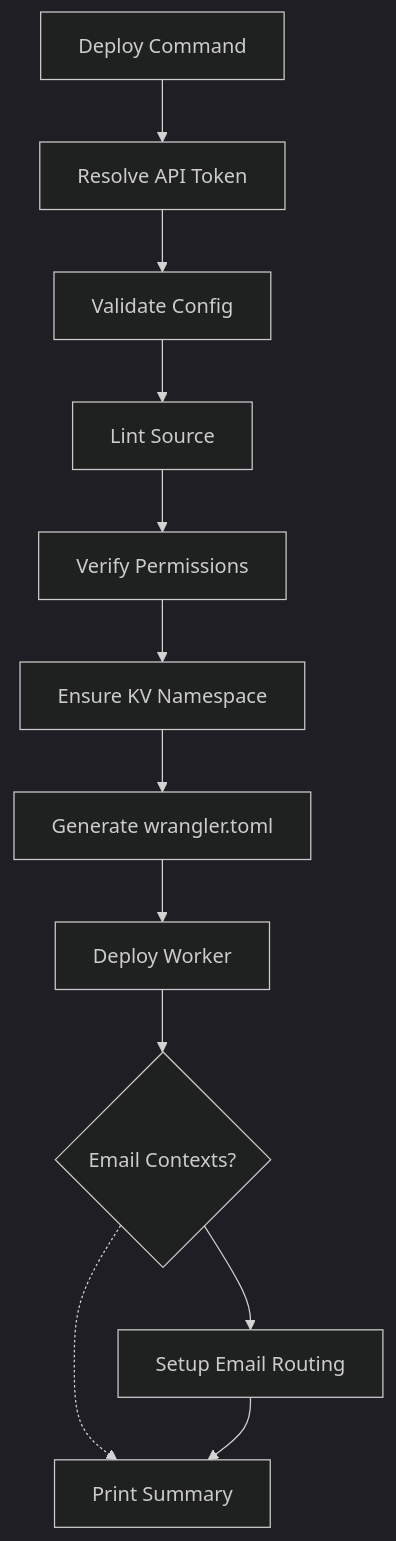
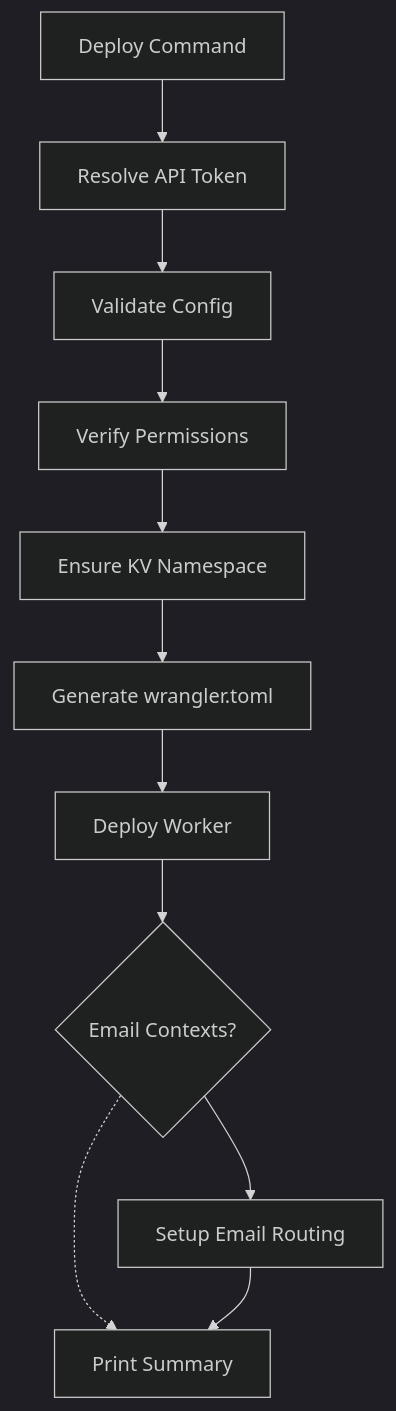
The diagram in apps/docs/docs/getting-started/deployment.mdx (cbnventures/ntfy-reverse-proxy), drawn with Mermaid (dark theme) before and after one commit. The commit also changed other lines of this file and 48 other files, not shown here.

````diff
--- a/apps/docs/docs/getting-started/deployment.mdx
+++ b/apps/docs/docs/getting-started/deployment.mdx
@@ -32,14 +32,13 @@
 ```mermaid
 flowchart TD
     Start[Deploy Command] --> ResolveToken[Resolve API Token]
     ResolveToken --> Validate[Validate Config]
-    Validate --> Lint[Lint Source]
-    Lint --> Verify[Verify Permissions]
+    Validate --> Verify[Verify Permissions]
     Verify --> KV[Ensure KV Namespace]
     KV --> Generate[Generate wrangler.toml]
     Generate --> DeployWorker[Deploy Worker]
     DeployWorker --> EmailCheck{Email Contexts?}
     EmailCheck --> SetupEmail[Setup Email Routing]
     EmailCheck -.-> Summary
     SetupEmail --> Summary[Print Summary]
 ```
````
